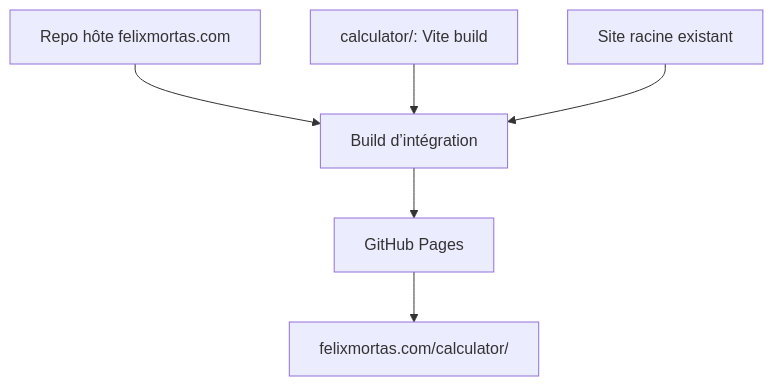
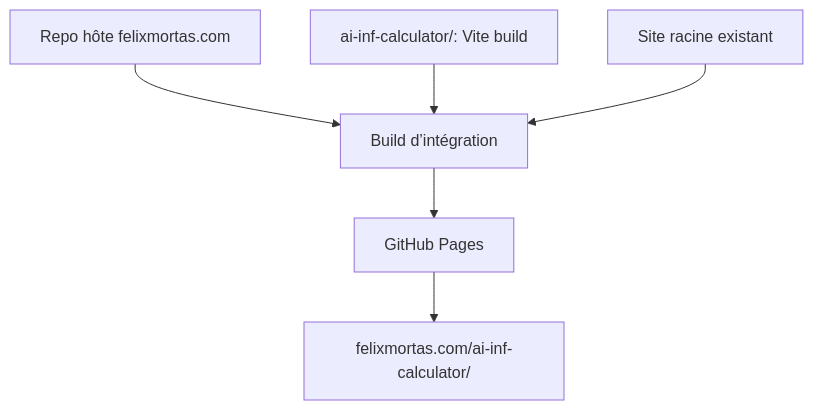
Before and after one commit to felixmortas/ai-inf-calculator: the second of 3 diagrams in _bmad-output/planning-artifacts/architecture/architecture-ai-env-impact-calculator-2026-09-18/ARCHITECTURE-SPINE.md, drawn with Mermaid. The commit also changed other lines of this file and 16 other files, not shown here.

````diff
--- a/_bmad-output/planning-artifacts/architecture/architecture-ai-env-impact-calculator-2026-09-18/ARCHITECTURE-SPINE.md
+++ b/_bmad-output/planning-artifacts/architecture/architecture-ai-env-impact-calculator-2026-09-18/ARCHITECTURE-SPINE.md
@@ -134,8 +134,8 @@
 ```mermaid
 flowchart TB
   REPO[Repo hôte felixmortas.com] --> BUILD[Build d’intégration]
-  CALC[calculator/: Vite build] --> BUILD
+  CALC[ai-inf-calculator/: Vite build] --> BUILD
   ROOT[Site racine existant] --> BUILD
   BUILD --> PAGES[GitHub Pages]
-  PAGES --> URL[felixmortas.com/calculator/]
+  PAGES --> URL[felixmortas.com/ai-inf-calculator/]
 ```
````
